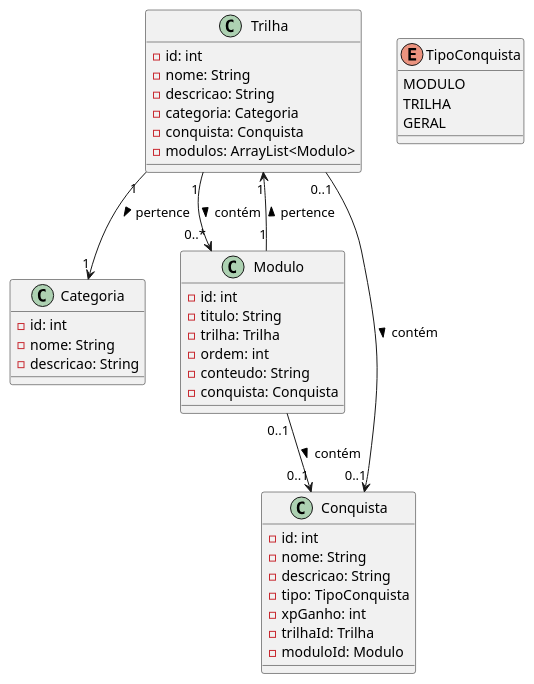
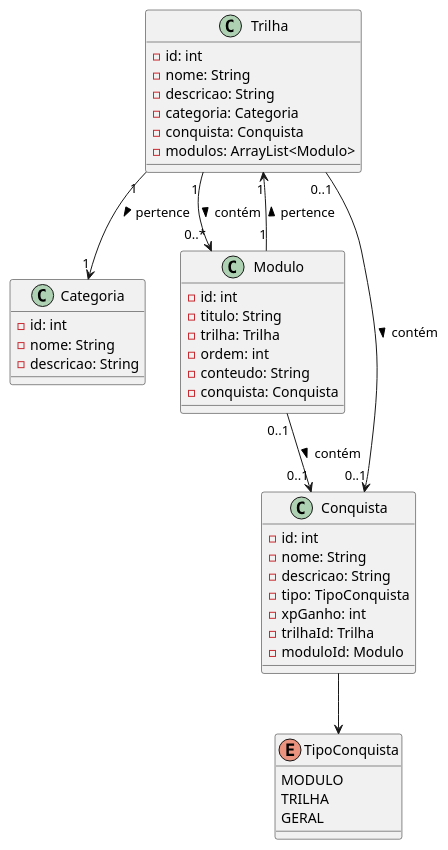
Before and after one commit to BruBSilva/trilha-service: the diagram in Diagrams/classe.puml, drawn with PlantUML. The commit also changed 1 other file, not shown here.

Commit message:
Atualizando e criando imagens dos diagramas

```diff
--- a/Diagrams/classe.puml
+++ b/Diagrams/classe.puml
@@ -1,55 +1,56 @@
 @startuml
 
 ' Classe Categoria
 class Categoria {
   -id: int
   -nome: String
   -descricao: String
 }
 
 ' Classe Trilha
 class Trilha {
   -id: int
   -nome: String
   -descricao: String
   -categoria: Categoria
   -conquista: Conquista
   -modulos: ArrayList<Modulo>
 }
 
 ' Classe Modulo
 class Modulo {
   -id: int
   -titulo: String
   -trilha: Trilha
   -ordem: int
   -conteudo: String
   -conquista: Conquista
 }
 
 ' Classe Conquista
 class Conquista {
   -id: int
   -nome: String
   -descricao: String
   -tipo: TipoConquista
   -xpGanho: int
   -trilhaId: Trilha
   -moduloId: Modulo
 }
 
 ' Enum para o tipo de conquista
 enum TipoConquista {
   MODULO
   TRILHA
   GERAL
 }
 
 ' Relacionamentos
 Trilha "1" --> "1" Categoria : pertence >
 Trilha "1" --> "0..*" Modulo : contém >
 Trilha "0..1" --> "0..1" Conquista : contém >
 Modulo "0..1" --> "0..1" Conquista : contém >
 Modulo "1" --> "1" Trilha : pertence >
+Conquista --> TipoConquista
 
 @enduml
```
